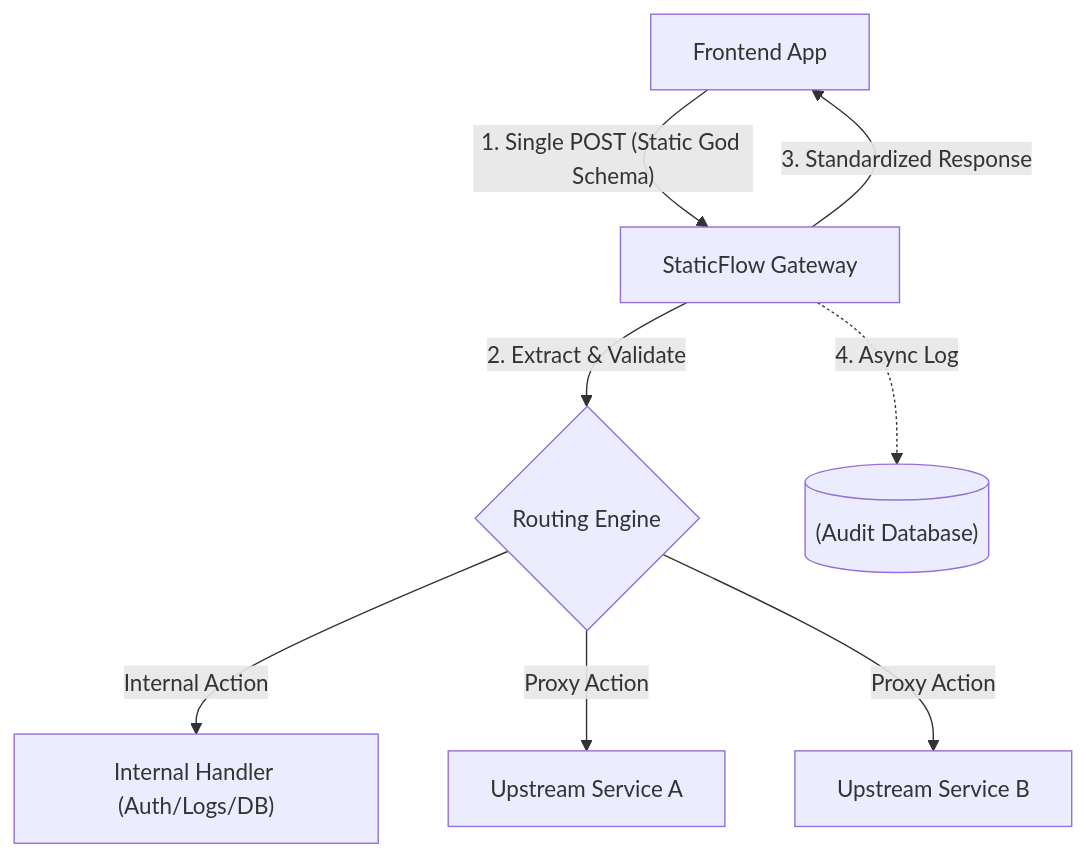
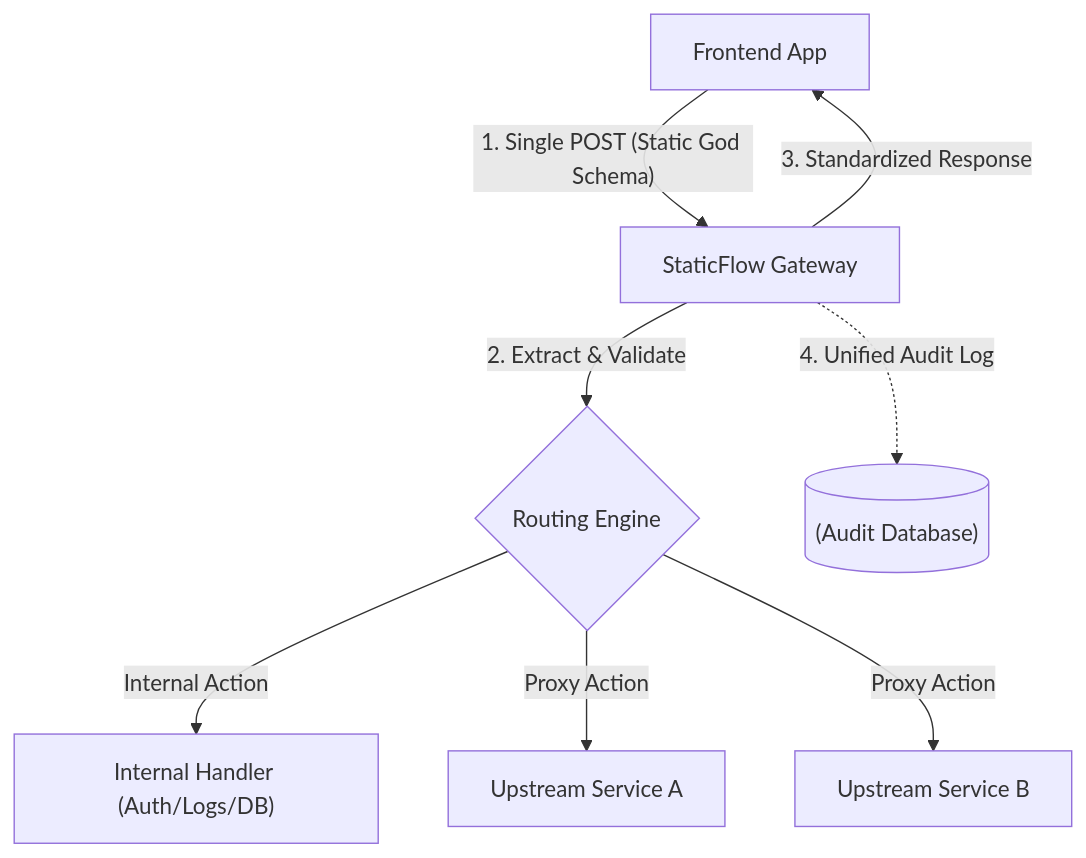
Before and after one commit to ephym-lab/Staticflow: the diagram in README.md, drawn with Mermaid. The commit also changed other lines of this file and 2 other files, not shown here.

````diff
--- a/README.md
+++ b/README.md
@@ -37,10 +39,10 @@
 ```mermaid
 graph TD
     A["Frontend App"] -- "1. Single POST (Static God Schema)" --> B["StaticFlow Gateway"]
     B -- "2. Extract & Validate" --> C{Routing Engine}
     C -- "Internal Action" --> D["Internal Handler (Auth/Logs/DB)"]
     C -- "Proxy Action" --> E["Upstream Service A"]
     C -- "Proxy Action" --> F["Upstream Service B"]
     B -- "3. Standardized Response" --> A
-    B -. "4. Async Log" .-> G[("(Audit Database)")]
+    B -. "4. Unified Audit Log" .-> G[("(Audit Database)")]
 ```
````
